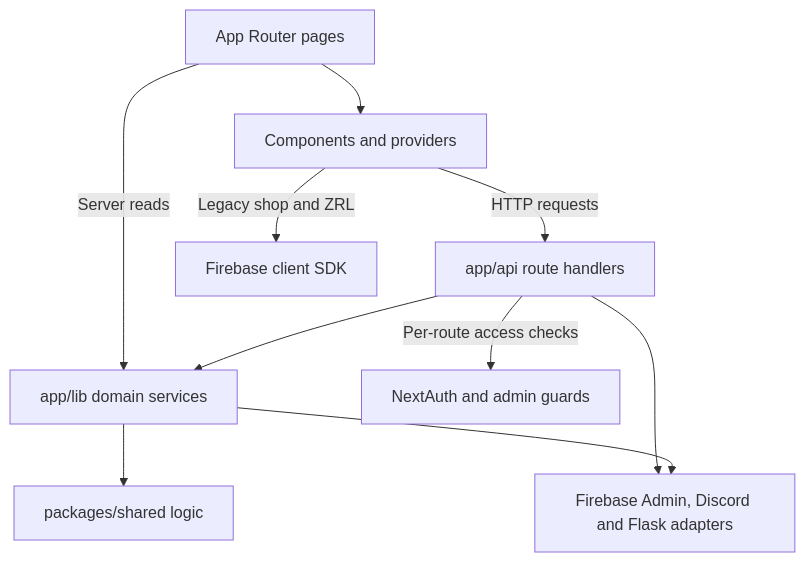
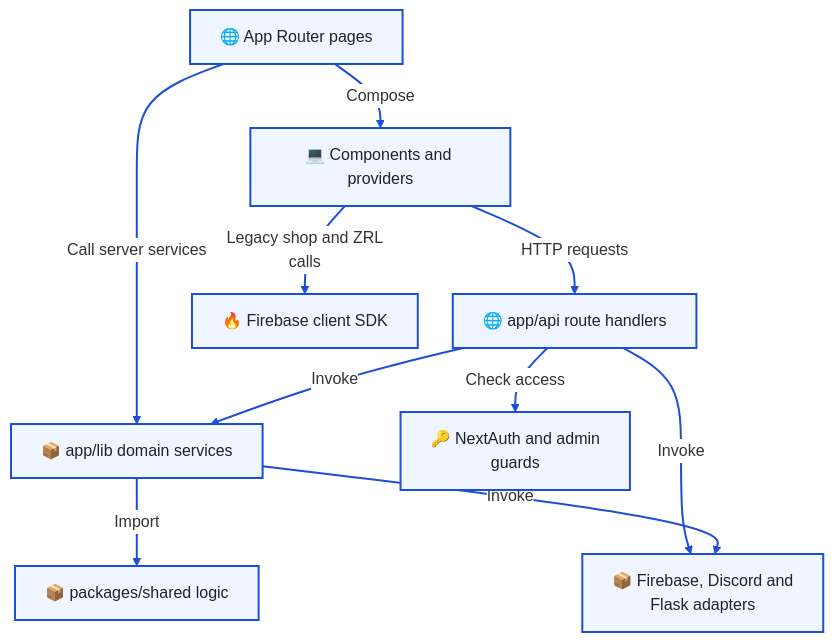
Before and after one commit to T00few2/dzr: the first of 3 diagrams in docs/architecture/code-map.md, drawn with Mermaid. The commit also changed other lines of this file and 15 other files, not shown here.

First line of the commit message:
docs: standardize Mermaid notation and map the technology stack

````diff
--- a/docs/architecture/code-map.md
+++ b/docs/architecture/code-map.md
@@ -9,12 +9,25 @@
 ```mermaid
+---
+config:
+  theme: base
+  themeVariables:
+    edgeLabelBackground: '#ffffff'
+  flowchart:
+    padding: 15
+    nodeSpacing: 35
+    rankSpacing: 40
+---
 flowchart TB
-    pages[App Router pages] --> ui[Components and providers]
-    pages -->|Server reads| lib[app/lib domain services]
-    ui -->|HTTP requests| routes[app/api route handlers]
-    routes -->|Per-route access checks| auth[NextAuth and admin guards]
-    routes --> lib
-    lib --> shared[packages/shared logic]
-    routes --> adapters[Firebase Admin, Discord and Flask adapters]
-    lib --> adapters
-    ui -->|Legacy shop and ZRL| client[Firebase client SDK]
+    pages["🌐 App Router pages"] -->|Compose| ui["💻 Components and providers"]
+    pages -->|Call server services| lib["📦 app/lib domain services"]
+    ui -->|HTTP requests| routes["🌐 app/api route handlers"]
+    routes -->|Check access| auth["🔑 NextAuth and admin<br/>guards"]
+    routes -->|Invoke| lib
+    lib -->|Import| shared["📦 packages/shared logic"]
+    routes -->|Invoke| adapters["📦 Firebase, Discord and<br/>Flask adapters"]
+    lib -->|Invoke| adapters
+    ui -->|Legacy shop and ZRL<br/>calls| client["🔥 Firebase client SDK"]
+    classDef default fill:#eff6ff,stroke:#1d4ed8,stroke-width:2px,color:#1f2328
+    classDef external fill:#fff1f2,stroke:#b91c1c,stroke-width:2px,color:#1f2328
+    linkStyle default stroke:#1d4ed8,stroke-width:2px
 ```
````
